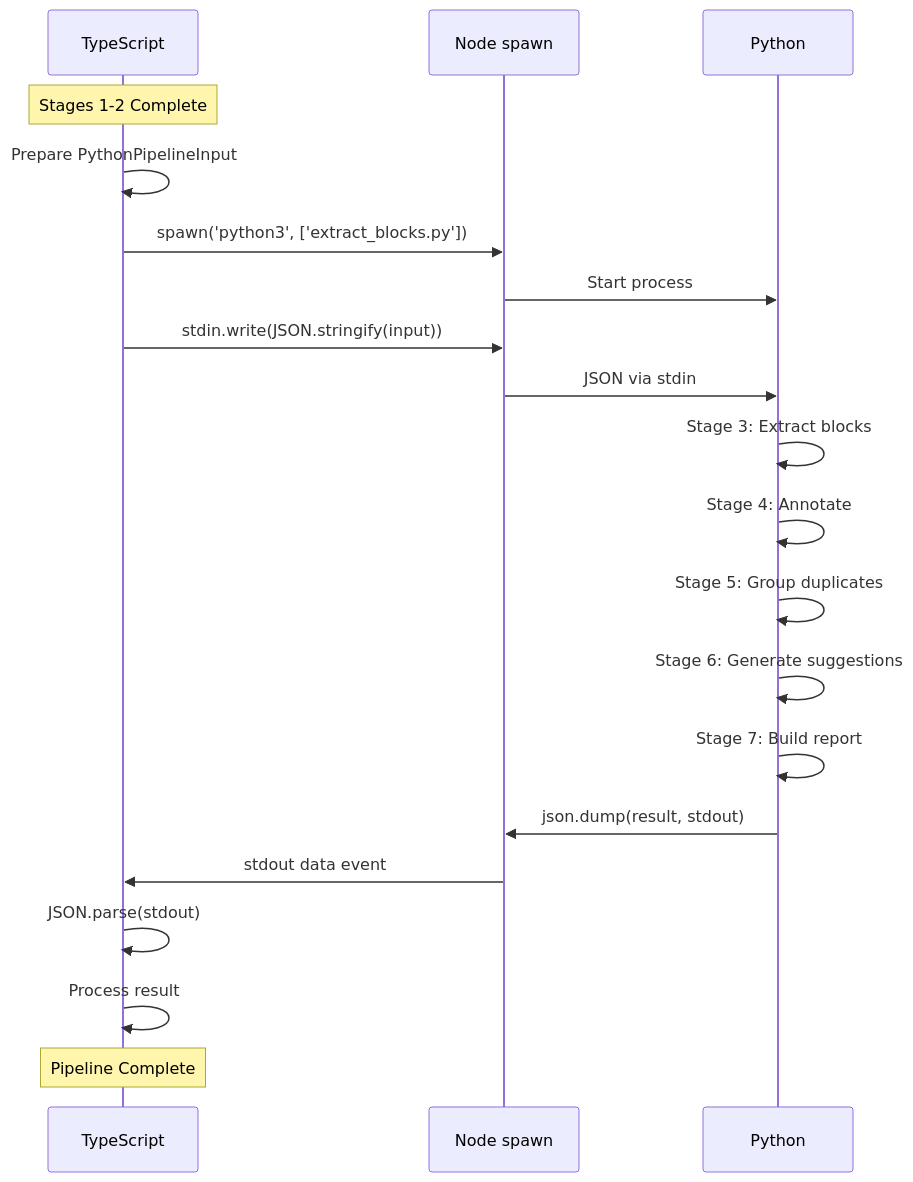
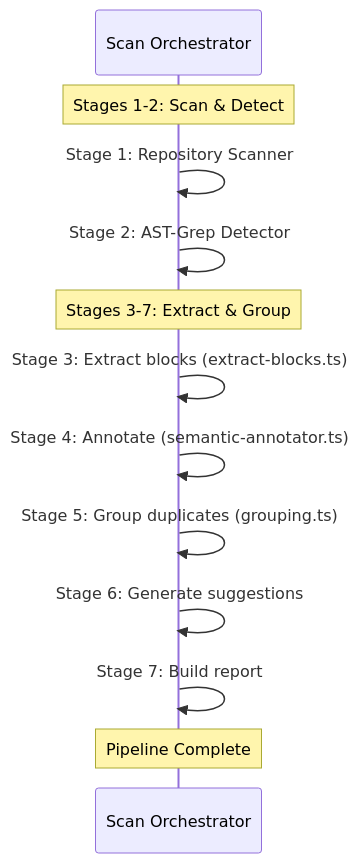
One commit to integritystudio/AlephAuto changed diagram 13 of 14 in docs/architecture/SYSTEM-DATA-FLOW.md. Above: the diagram before and after it, drawn with Mermaid. The commit also changed other lines of this file and 8 other files, not shown here.

First line of the commit message:
docs: update all references for complete Python-to-TypeScript migration

````diff
--- a/docs/architecture/SYSTEM-DATA-FLOW.md
+++ b/docs/architecture/SYSTEM-DATA-FLOW.md
@@ -773,30 +773,19 @@
 ```mermaid
 sequenceDiagram
-    participant JS as TypeScript
-    participant Spawn as Node spawn
-    participant PY as Python
+    participant Orch as Scan Orchestrator
 
-    Note over JS: Stages 1-2 Complete
+    Note over Orch: Stages 1-2: Scan & Detect
 
-    JS->>JS: Prepare PythonPipelineInput
-    JS->>Spawn: spawn('python3', ['extract_blocks.py'])
+    Orch->>Orch: Stage 1: Repository Scanner
+    Orch->>Orch: Stage 2: AST-Grep Detector
 
-    Spawn->>PY: Start process
+    Note over Orch: Stages 3-7: Extract & Group
 
-    JS->>Spawn: stdin.write(JSON.stringify(input))
-    Spawn->>PY: JSON via stdin
+    Orch->>Orch: Stage 3: Extract blocks (extract-blocks.ts)
+    Orch->>Orch: Stage 4: Annotate (semantic-annotator.ts)
+    Orch->>Orch: Stage 5: Group duplicates (grouping.ts)
+    Orch->>Orch: Stage 6: Generate suggestions
+    Orch->>Orch: Stage 7: Build report
 
-    PY->>PY: Stage 3: Extract blocks
-    PY->>PY: Stage 4: Annotate
-    PY->>PY: Stage 5: Group duplicates
-    PY->>PY: Stage 6: Generate suggestions
-    PY->>PY: Stage 7: Build report
-
-    PY->>Spawn: json.dump(result, stdout)
-    Spawn->>JS: stdout data event
-
-    JS->>JS: JSON.parse(stdout)
-    JS->>JS: Process result
-
-    Note over JS: Pipeline Complete
+    Note over Orch: Pipeline Complete
 ```
````
